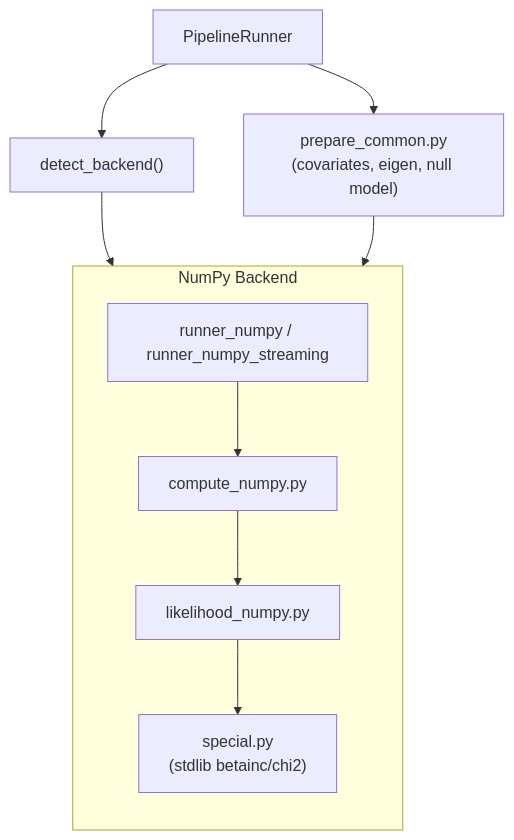
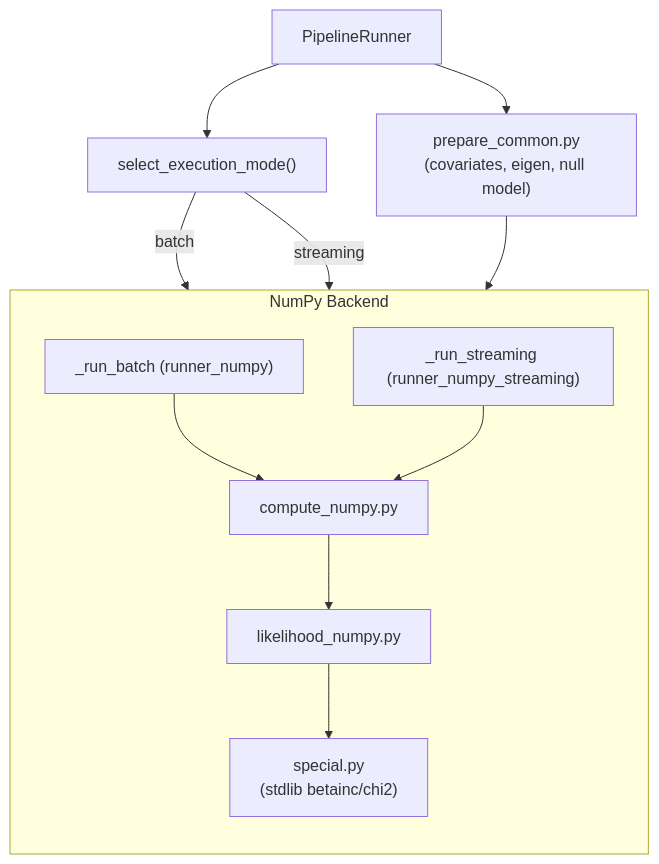
One commit to michael-denyer/jamma changed the fifth of 5 diagrams in docs/CODEMAP.md. Above: the diagram before and after it, drawn with Mermaid. The commit also changed other lines of this file, not shown here.

Commit message:
docs(113): update CODEMAP.md after backend simplification
- Remove detect_backend() from diagram and text
- Update backend architecture diagram: show _run_batch/_run_streaming split
- Fix select_execution_mode() description and line number refs
- Rename "Backend detection" to "Backend info" in quick nav

````diff
--- a/docs/CODEMAP.md
+++ b/docs/CODEMAP.md
@@ -381,21 +381,24 @@
 ```mermaid
 flowchart TD
     PIPE["PipelineRunner"]
-    DET["detect_backend()"]
+    SEL["select_execution_mode()"]
     PREP["prepare_common.py<br>(covariates, eigen, null model)"]
 
     subgraph NP["NumPy Backend"]
         direction TB
-        RN["runner_numpy / runner_numpy_streaming"]
+        BATCH["_run_batch (runner_numpy)"]
+        STREAM["_run_streaming (runner_numpy_streaming)"]
         CN["compute_numpy.py"]
         LN["likelihood_numpy.py"]
         SP["special.py<br>(stdlib betainc/chi2)"]
     end
 
-    PIPE --> DET
-    DET --> NP
+    PIPE --> SEL
+    SEL -->|"batch"| BATCH
+    SEL -->|"streaming"| STREAM
     PIPE --> PREP
     PREP --> NP
-    RN --> CN --> LN
+    BATCH --> CN --> LN
+    STREAM --> CN
     LN --> SP
 ```
````
